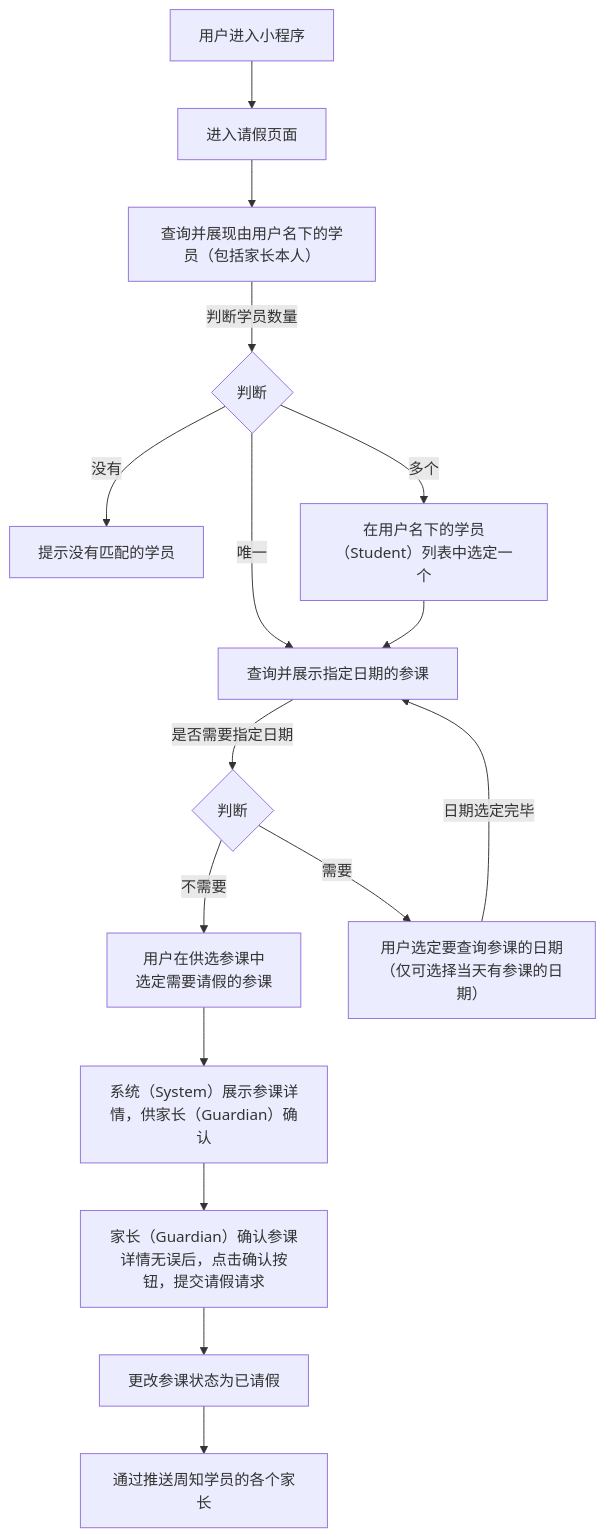
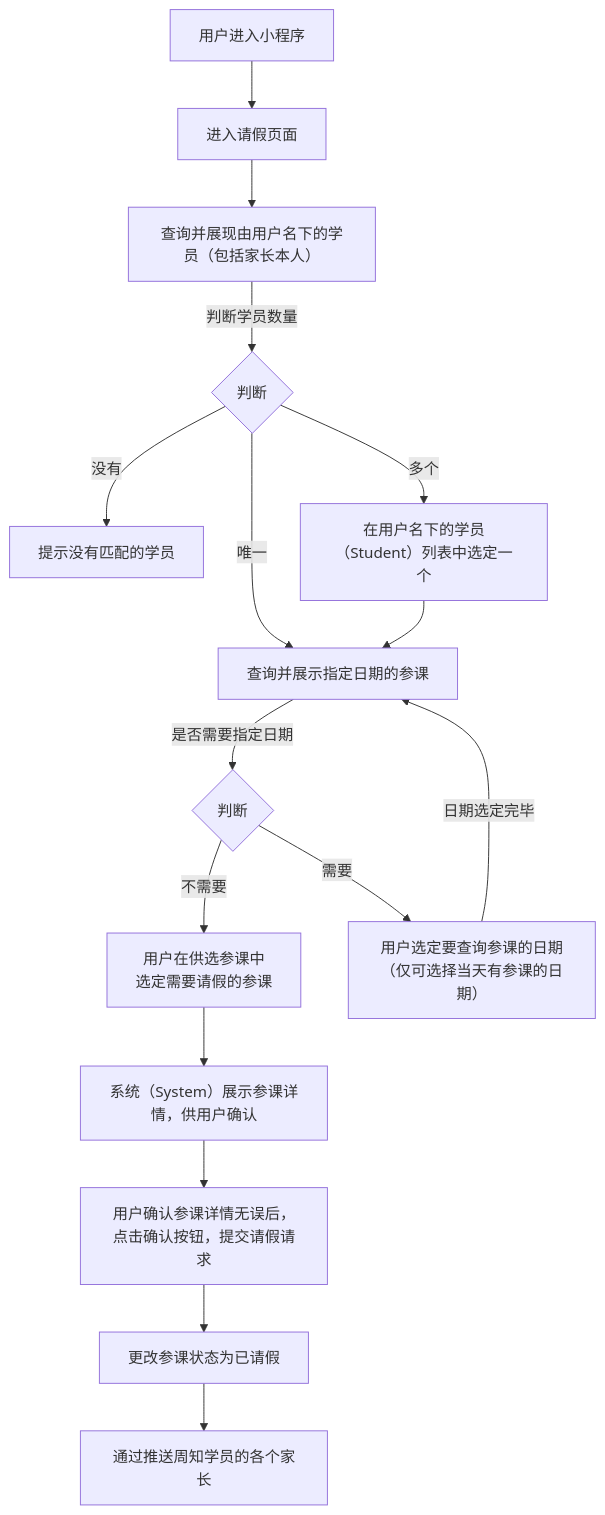
Before and after one commit to world-wide-web/sign: the diagram in 用例/请假.md, drawn with Mermaid. The commit also changed other lines of this file, not shown here.

````diff
--- a/用例/请假.md
+++ b/用例/请假.md
@@ -7,52 +7,52 @@
 ```mermaid
 graph TD
 
 进入小程序-->进入请假页面
 
 进入请假页面-->查询并展现由用户名下的学员
 
 查询并展现由用户名下的学员--判断学员数量-->判断学员数量
 
 判断学员数量--没有-->提示没有匹配的学员
 
 判断学员数量--唯一-->查询并展示指定日期的参课
 
 判断学员数量--多个-->选定学员
 
 选定学员-->查询并展示指定日期的参课
 
 查询并展示指定日期的参课--是否需要指定日期-->决定是否需要指定日期
 
 决定是否需要指定日期--不需要-->选定参课
 
 决定是否需要指定日期--需要-->选定日期
 
 选定日期--日期选定完毕-->查询并展示指定日期的参课
 
 选定参课-->展示参课详情
 
 展示参课详情-->提交请假请求
 
 提交请假请求-->更改参课状态为已请假
 
 更改参课状态为已请假-->通过推送周知学员的各个家长
 
 进入小程序["<center>用户进入小程序</center>"]
 
 查询并展现由用户名下的学员["<center>查询并展现由用户名下的学员（包括家长本人）</center>"]
 
 判断学员数量{"<center>判断</center>"}
 
 选定学员["<center>在用户名下的学员（Student）列表中选定一个</center>"]
 
 决定是否需要指定日期{"<center>判断</center>"}
 
 选定日期["<center>用户选定要查询参课的日期<br>（仅可选择当天有参课的日期）</center>"]
 
 选定参课["<center>用户在供选参课中<br>选定需要请假的参课</center>"]
 
-展示参课详情["<center>系统（System）展示参课详情，供家长（Guardian）确认</center>"]
+展示参课详情["<center>系统（System）展示参课详情，供用户确认</center>"]
 
-提交请假请求["<center>家长（Guardian）确认参课详情无误后，点击确认按钮，提交请假请求</center>"]
+提交请假请求["<center>用户确认参课详情无误后，点击确认按钮，提交请假请求</center>"]
 
 ```
````
